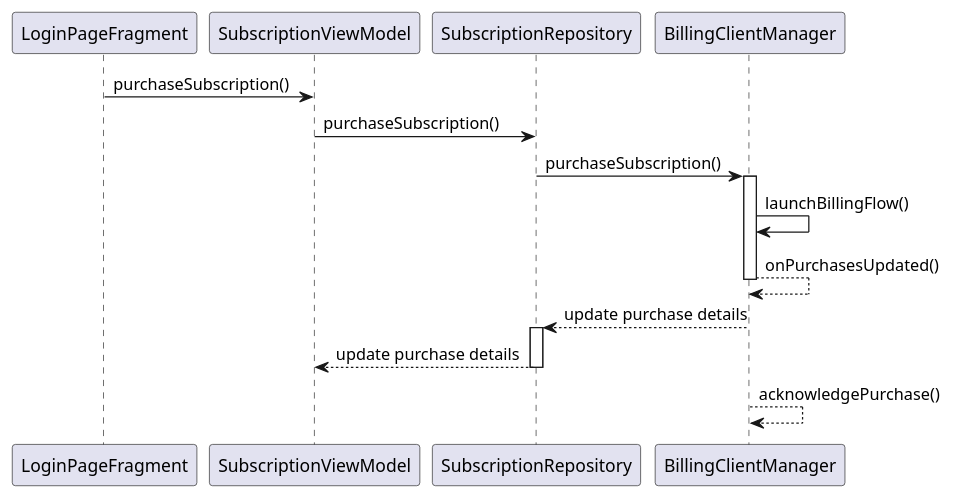
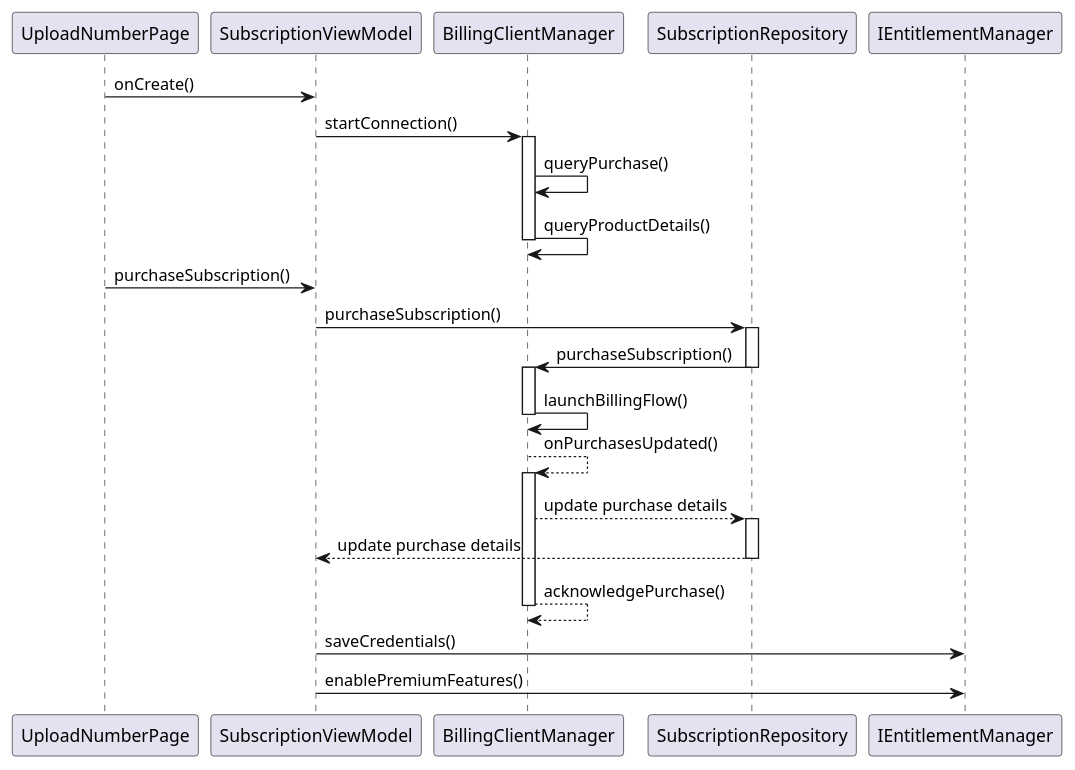
The diagram in app/src/main/java/com/pollyanna/pollycall/plantUML/PurchaseSequence.puml (pollyannagogolook/PollyCall), drawn with PlantUML before and after one commit. The commit also changed 7 other files, not shown here.

Commit message:
Feat: use callback function to handle billing connection state

```diff
--- a/app/src/main/java/com/pollyanna/pollycall/plantUML/PurchaseSequence.puml
+++ b/app/src/main/java/com/pollyanna/pollycall/plantUML/PurchaseSequence.puml
@@ -1,25 +1,35 @@
 @startuml
 'https://plantuml.com/sequence-diagram
+UploadNumberPage -> SubscriptionViewModel: onCreate()
+
+SubscriptionViewModel -> BillingClientManager: startConnection()
+activate BillingClientManager
+BillingClientManager -> BillingClientManager: queryPurchase()
+BillingClientManager -> BillingClientManager: queryProductDetails()
+deactivate BillingClientManager
 
 
-LoginPageFragment -> SubscriptionViewModel: purchaseSubscription()
+UploadNumberPage -> SubscriptionViewModel: purchaseSubscription()
+
 SubscriptionViewModel -> SubscriptionRepository: purchaseSubscription()
-
+activate SubscriptionRepository
 SubscriptionRepository -> BillingClientManager: purchaseSubscription()
+deactivate SubscriptionRepository
 activate BillingClientManager
-
 BillingClientManager -> BillingClientManager: launchBillingFlow()
-BillingClientManager --> BillingClientManager: onPurchasesUpdated()
 deactivate BillingClientManager
 
+BillingClientManager --> BillingClientManager: onPurchasesUpdated()
+activate BillingClientManager
 BillingClientManager --> SubscriptionRepository: update purchase details
 
 activate SubscriptionRepository
 SubscriptionRepository --> SubscriptionViewModel: update purchase details
 deactivate SubscriptionRepository
-
 BillingClientManager --> BillingClientManager: acknowledgePurchase()
-
+deactivate BillingClientManager
+SubscriptionViewModel -> IEntitlementManager: saveCredentials()
+SubscriptionViewModel -> IEntitlementManager: enablePremiumFeatures()
 
 
 @enduml
```
